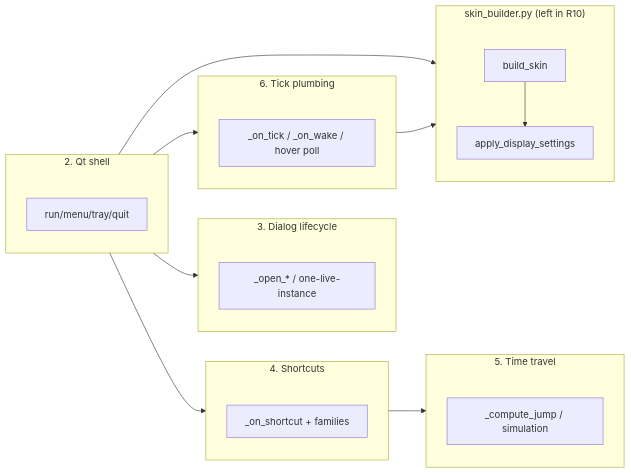
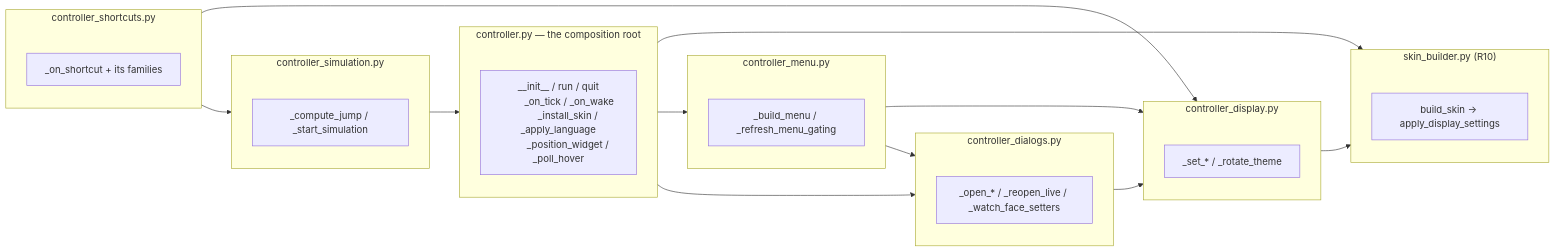
One commit to UVuruna/Watch-Academy changed the second of 2 diagrams in desktop/app/__flow/controller.md. Above: the diagram before and after it, drawn with Mermaid. The commit also changed other lines of this file and 23 other files, not shown here.

First line of the commit message:
0.15.097 WA-R14 — the controller becomes a composition root and five mixins

````diff
--- a/desktop/app/__flow/controller.md
+++ b/desktop/app/__flow/controller.md
@@ -129,28 +52,38 @@
 ```mermaid
 %%{init: {'flowchart': {'subGraphTitleMargin': {'top': 0, 'bottom': 35}}}}%%
 flowchart LR
-    subgraph SKIN["skin_builder.py (left in R10)"]
-        BS[build_skin] --> AD[apply_display_settings]
+    subgraph ROOT["controller.py — the composition root"]
+        RUN["__init__ / run / quit
+        _on_tick / _on_wake
+        _install_skin / _apply_language
+        _position_widget / _poll_hover"]
     end
-    subgraph SHELL["2. Qt shell"]
-        RUN[run/menu/tray/quit]
+    subgraph SKIN["skin_builder.py (R10)"]
+        BS["build_skin -> apply_display_settings"]
     end
-    subgraph DLG["3. Dialog lifecycle"]
-        OPEN["_open_* / one-live-instance"]
+    subgraph MENU["controller_menu.py"]
+        BM["_build_menu / _refresh_menu_gating"]
     end
-    subgraph SC["4. Shortcuts"]
-        ONSC[_on_shortcut + families]
+    subgraph DISP["controller_display.py"]
+        SET["_set_* / _rotate_theme"]
     end
-    subgraph TT["5. Time travel"]
-        CJ[_compute_jump / simulation]
+    subgraph DLG["controller_dialogs.py"]
+        OPEN["_open_* / _reopen_live / _watch_face_setters"]
     end
-    subgraph TICK["6. Tick plumbing"]
-        OT[_on_tick / _on_wake / hover poll]
+    subgraph SC["controller_shortcuts.py"]
+        ONSC["_on_shortcut + its families"]
     end
-    SHELL --> SKIN
-    SHELL --> DLG
-    SHELL --> SC
+    subgraph TT["controller_simulation.py"]
+        CJ["_compute_jump / _start_simulation"]
+    end
+    ROOT --> SKIN
+    ROOT --> MENU
+    ROOT --> DLG
+    MENU --> DISP
+    MENU --> DLG
+    SC --> DISP
     SC --> TT
-    SHELL --> TICK
-    TICK --> SKIN
+    DLG --> DISP
+    DISP --> SKIN
+    TT --> ROOT
 ```
````
